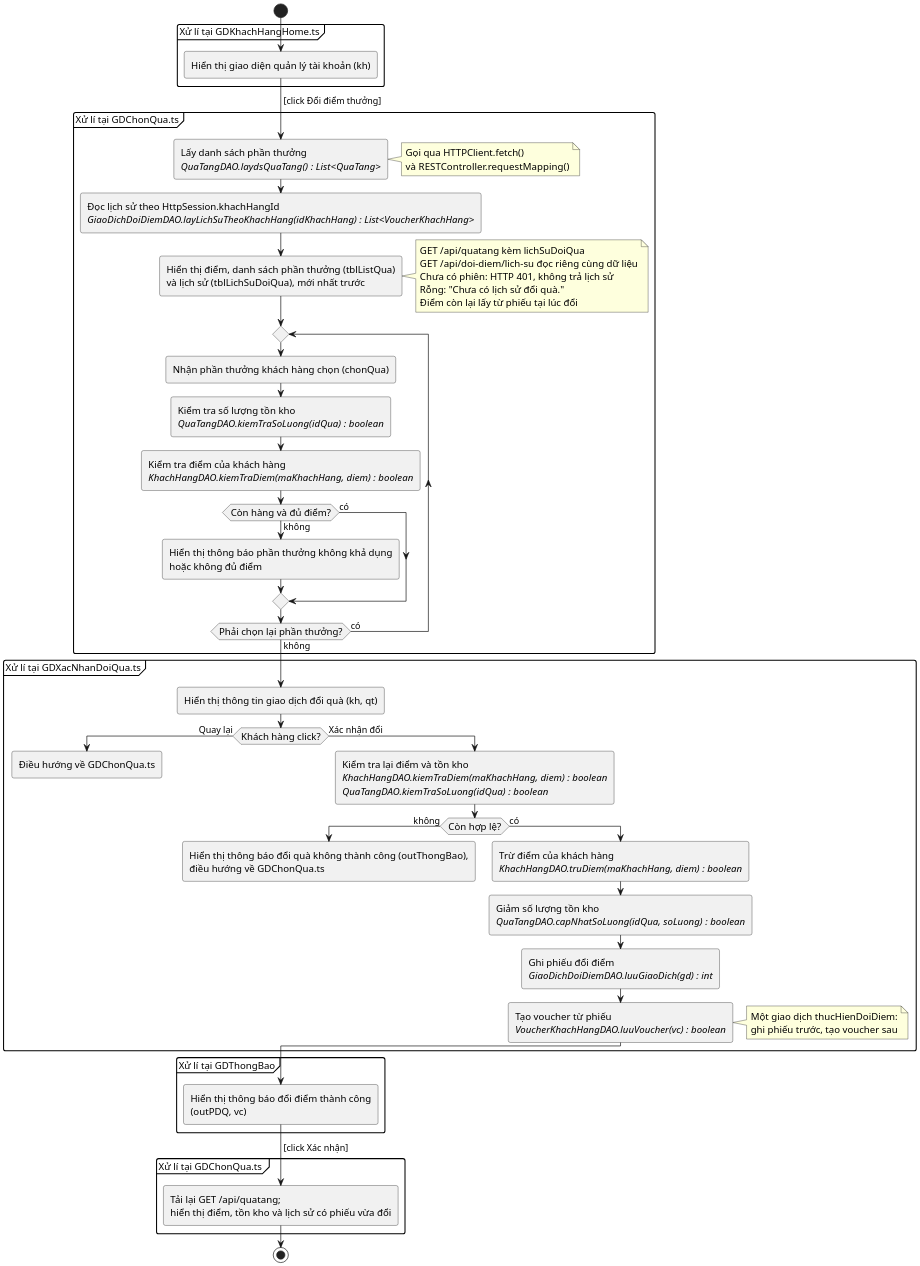
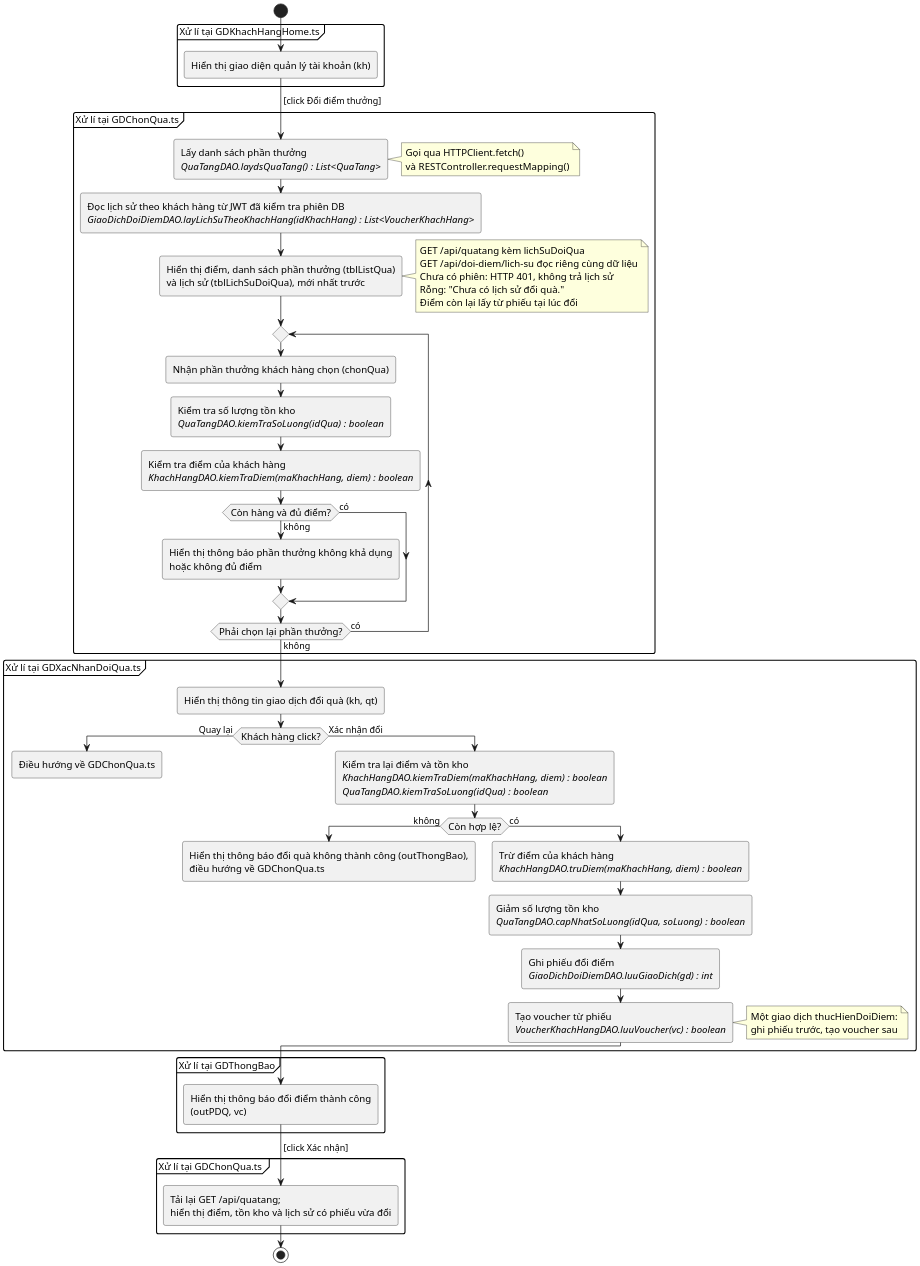
One commit to 22imer/PTTK-CineMan changed the diagram in diagrams/puml/hinh-3-22-hoat-dong-doi-diem.puml. Above: the diagram before and after it, drawn with PlantUML. The commit also changed 42 other files, not shown here.

Commit message:
feat(auth): cấp phiên JWT và đồng bộ đăng nhập nhiều tab

```diff
--- a/diagrams/puml/hinh-3-22-hoat-dong-doi-diem.puml
+++ b/diagrams/puml/hinh-3-22-hoat-dong-doi-diem.puml
@@ -1,78 +1,78 @@
 @startuml hinh-3-22-hoat-dong-doi-diem
 ' Hình 3.22 . Biểu đồ hoạt động chức năng Đổi điểm thưởng lấy quà tặng/vé (pha thiết kế)
 ' Nguồn: Hình 3.15–3.19 và mục 3.3.3 của bao-cao-hoan-thien.md (lớp thiết kế nhóm vẽ trong Chuong3-gen.docx)
 '       capNhatSoLuong có tham số; cả thucHienDoiDiem là một giao dịch.
 
 ' Kiểu dùng chung: bản sao _skin.puml để dán thẳng lên web; sửa _skin.puml thì sửa cả ở đây
 skinparam defaultFontName "Times New Roman"
 skinparam defaultFontSize 14
 skinparam backgroundColor white
 skinparam shadowing false
 skinparam dpi 200
 skinparam roundCorner 6
 skinparam ArrowFontSize 13
 skinparam ClassFontSize 14
 skinparam ClassAttributeFontSize 13
 skinparam SequenceMessageAlignment center
 
 start
 partition "Xử lí tại GDKhachHangHome.ts" {
   :Hiển thị giao diện quản lý tài khoản (kh);
 }
 -> [click Đổi điểm thưởng];
 partition "Xử lí tại GDChonQua.ts" {
   :Lấy danh sách phần thưởng\n<i>QuaTangDAO.laydsQuaTang() : List<QuaTang></i>;
   note right
     Gọi qua HTTPClient.fetch()
     và RESTController.requestMapping()
   end note
-  :Đọc lịch sử theo HttpSession.khachHangId\n<i>GiaoDichDoiDiemDAO.layLichSuTheoKhachHang(idKhachHang) : List<VoucherKhachHang></i>;
+  :Đọc lịch sử theo khách hàng từ JWT đã kiểm tra phiên DB\n<i>GiaoDichDoiDiemDAO.layLichSuTheoKhachHang(idKhachHang) : List<VoucherKhachHang></i>;
   :Hiển thị điểm, danh sách phần thưởng (tblListQua)\nvà lịch sử (tblLichSuDoiQua), mới nhất trước;
   note right
     GET /api/quatang kèm lichSuDoiQua
     GET /api/doi-diem/lich-su đọc riêng cùng dữ liệu
     Chưa có phiên: HTTP 401, không trả lịch sử
     Rỗng: "Chưa có lịch sử đổi quà."
     Điểm còn lại lấy từ phiếu tại lúc đổi
   end note
   repeat
     :Nhận phần thưởng khách hàng chọn (chonQua);
     :Kiểm tra số lượng tồn kho\n<i>QuaTangDAO.kiemTraSoLuong(idQua) : boolean</i>;
     :Kiểm tra điểm của khách hàng\n<i>KhachHangDAO.kiemTraDiem(maKhachHang, diem) : boolean</i>;
     if (Còn hàng và đủ điểm?) then (không)
       :Hiển thị thông báo phần thưởng không khả dụng\nhoặc không đủ điểm;
     else (có)
     endif
   repeat while (Phải chọn lại phần thưởng?) is (có) not (không)
 }
 partition "Xử lí tại GDXacNhanDoiQua.ts" {
   :Hiển thị thông tin giao dịch đổi quà (kh, qt);
   if (Khách hàng click?) then (Quay lại)
     :Điều hướng về GDChonQua.ts;
     detach
   else (Xác nhận đổi)
     :Kiểm tra lại điểm và tồn kho\n<i>KhachHangDAO.kiemTraDiem(maKhachHang, diem) : boolean</i>\n<i>QuaTangDAO.kiemTraSoLuong(idQua) : boolean</i>;
     if (Còn hợp lệ?) then (không)
       :Hiển thị thông báo đổi quà không thành công (outThongBao),\nđiều hướng về GDChonQua.ts;
       detach
     else (có)
       :Trừ điểm của khách hàng\n<i>KhachHangDAO.truDiem(maKhachHang, diem) : boolean</i>;
       :Giảm số lượng tồn kho\n<i>QuaTangDAO.capNhatSoLuong(idQua, soLuong) : boolean</i>;
       :Ghi phiếu đổi điểm\n<i>GiaoDichDoiDiemDAO.luuGiaoDich(gd) : int</i>;
       :Tạo voucher từ phiếu\n<i>VoucherKhachHangDAO.luuVoucher(vc) : boolean</i>;
       note right
         Một giao dịch thucHienDoiDiem:
         ghi phiếu trước, tạo voucher sau
       end note
     endif
   endif
 }
 partition "Xử lí tại GDThongBao" {
   :Hiển thị thông báo đổi điểm thành công\n(outPDQ, vc);
 }
 -> [click Xác nhận];
 partition "Xử lí tại GDChonQua.ts " {
   :Tải lại GET /api/quatang;\nhiển thị điểm, tồn kho và lịch sử có phiếu vừa đổi;
 }
 stop
 @enduml
```
